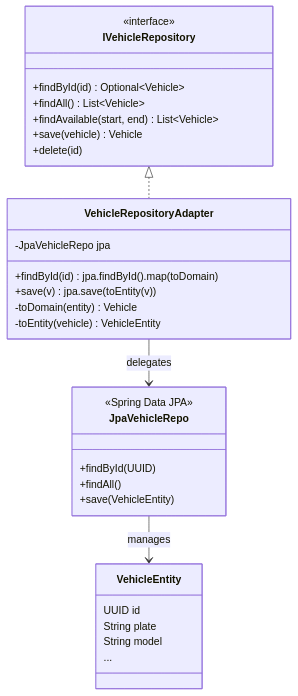
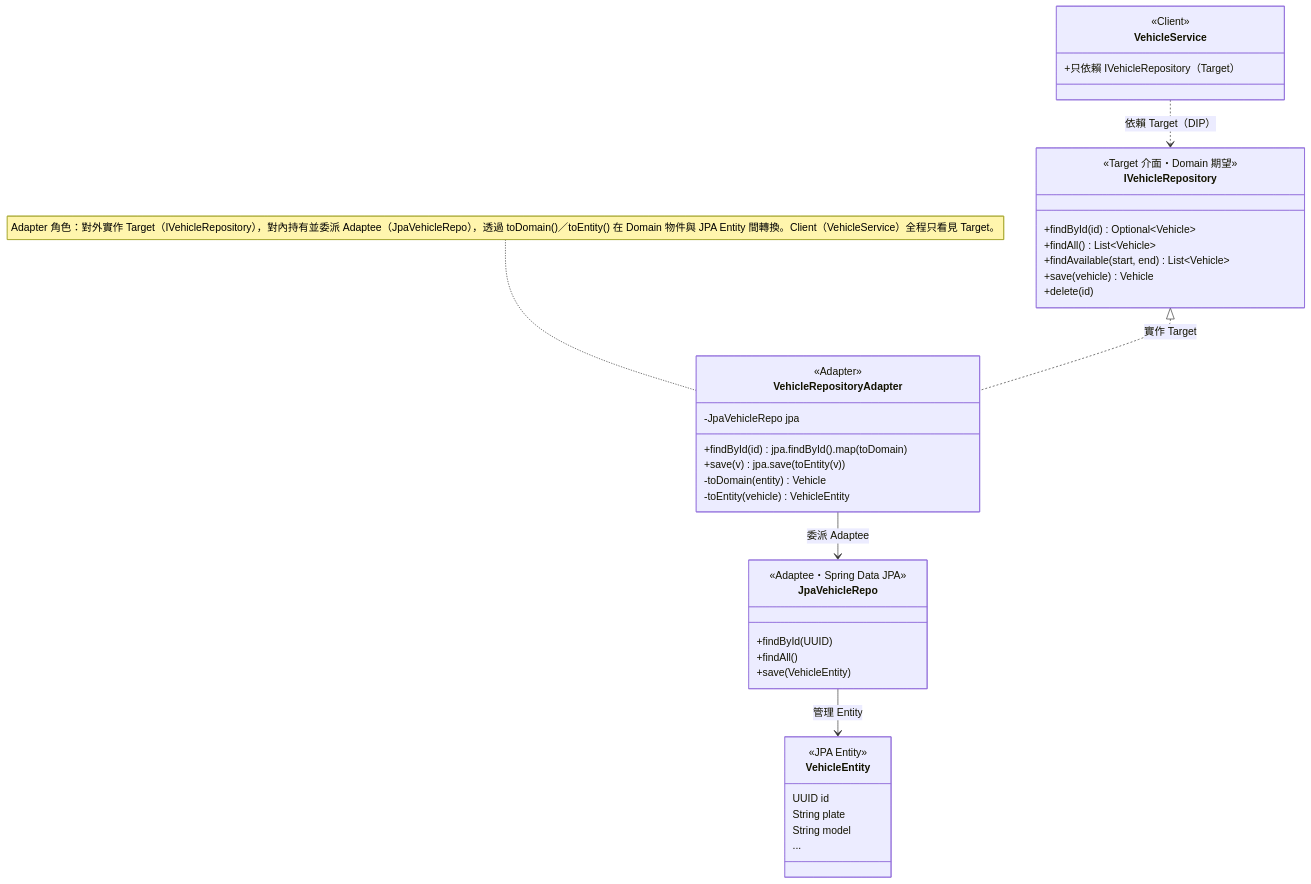
The eighth of 16 diagrams in README.md (JW-Albert/114-2_FCU_Framework-Design-Final), drawn with Mermaid before and after one commit. The commit also changed other lines of this file, not shown here.

First line of the commit message:
docs(uml): 依老師回饋補完五個設計模式 UML

````diff
--- a/README.md
+++ b/README.md
@@ -364,34 +401,43 @@
 ```mermaid
 classDiagram
+    class VehicleService {
+        <<Client>>
+        +只依賴 IVehicleRepository（Target）
+    }
     class IVehicleRepository {
-        <<interface>>
+        <<Target 介面・Domain 期望>>
         +findById(id) Optional~Vehicle~
         +findAll() List~Vehicle~
         +findAvailable(start, end) List~Vehicle~
         +save(vehicle) Vehicle
         +delete(id)
     }
     class VehicleRepositoryAdapter {
+        <<Adapter>>
         -JpaVehicleRepo jpa
         +findById(id) : jpa.findById().map(toDomain)
         +save(v) : jpa.save(toEntity(v))
         -toDomain(entity) Vehicle
         -toEntity(vehicle) VehicleEntity
     }
     class JpaVehicleRepo {
-        <<Spring Data JPA>>
+        <<Adaptee・Spring Data JPA>>
         +findById(UUID)
         +findAll()
         +save(VehicleEntity)
     }
     class VehicleEntity {
+        <<JPA Entity>>
         UUID id
         String plate
         String model
         ...
     }
 
-    IVehicleRepository <|.. VehicleRepositoryAdapter
-    VehicleRepositoryAdapter --> JpaVehicleRepo : delegates
-    JpaVehicleRepo --> VehicleEntity : manages
+    VehicleService ..> IVehicleRepository : 依賴 Target（DIP）
+    IVehicleRepository <|.. VehicleRepositoryAdapter : 實作 Target
+    VehicleRepositoryAdapter --> JpaVehicleRepo : 委派 Adaptee
+    JpaVehicleRepo --> VehicleEntity : 管理 Entity
+
+    note for VehicleRepositoryAdapter "Adapter 角色：對外實作 Target（IVehicleRepository），對內持有並委派 Adaptee（JpaVehicleRepo），透過 toDomain()／toEntity() 在 Domain 物件與 JPA Entity 間轉換。Client（VehicleService）全程只看見 Target。"
 ```
````
